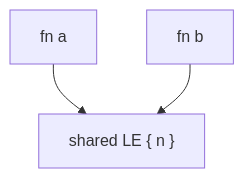
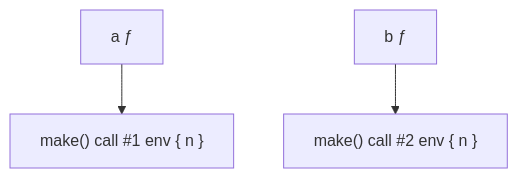
Before and after one commit to prajjwaljogdand/FullstackPreparation: the third of 5 diagrams in docs/javascript/05-closures.md, drawn with Mermaid. The commit also changed other lines of this file and 91 other files, not shown here.

````diff
--- a/docs/javascript/05-closures.md
+++ b/docs/javascript/05-closures.md
@@ -103,5 +262,7 @@
 ```mermaid
 flowchart TB
-  A["fn a"] --> E["shared LE { n }"]
-  B["fn b"] --> E
+  Make1["make() call #1 env { n }"]
+  Make2["make() call #2 env { n }"]
+  A["a ƒ"] --> Make1
+  B["b ƒ"] --> Make2
 ```
````
